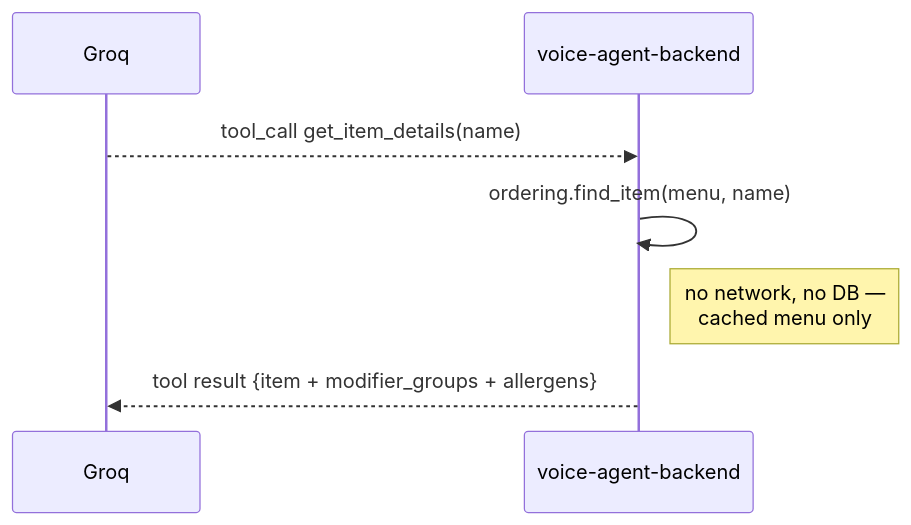
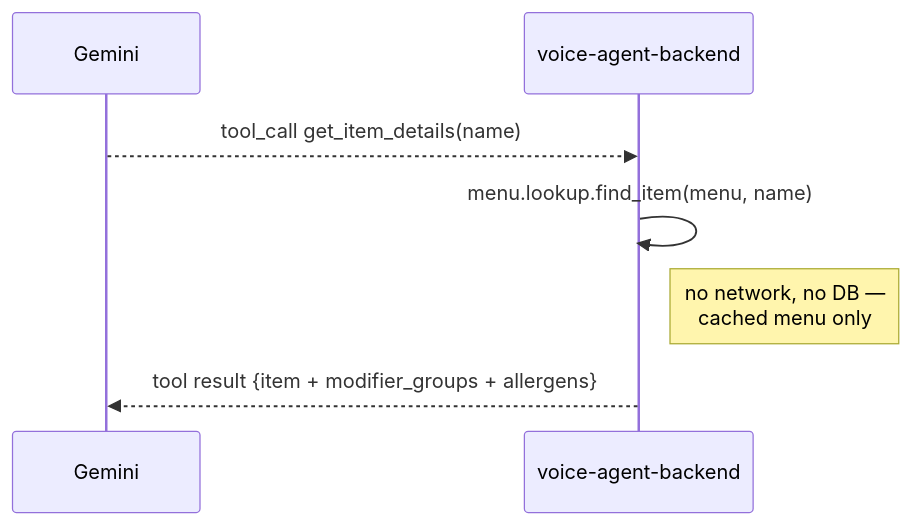
Before and after one commit to voco-dine/org-wiki: the fifth of 10 diagrams in docs/system-specification/sequence.md, drawn with Mermaid. The commit also changed other lines of this file and 14 other files, not shown here.

````diff
--- a/docs/system-specification/sequence.md
+++ b/docs/system-specification/sequence.md
@@ -132,10 +130,10 @@
 ```mermaid
 sequenceDiagram
-    participant GR as Groq
+    participant GR as Gemini
     participant VA as voice-agent-backend
 
     GR-->>VA: tool_call get_item_details(name)
-    VA->>VA: ordering.find_item(menu, name)
+    VA->>VA: menu.lookup.find_item(menu, name)
     Note right of VA: no network, no DB —<br/>cached menu only
     VA-->>GR: tool result {item + modifier_groups + allergens}
 ```
````
